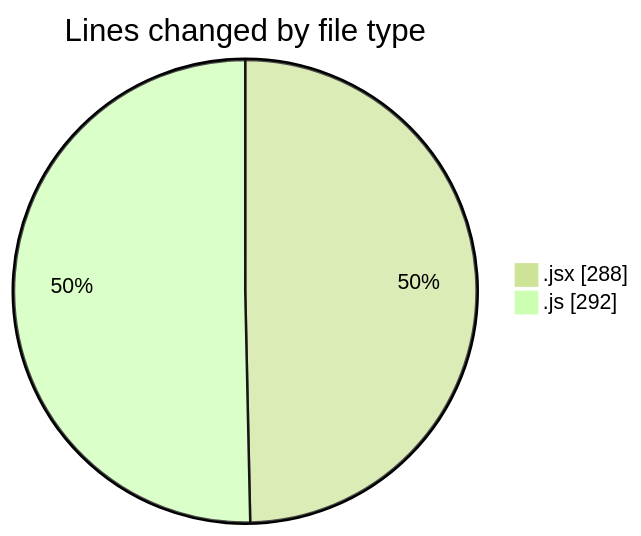
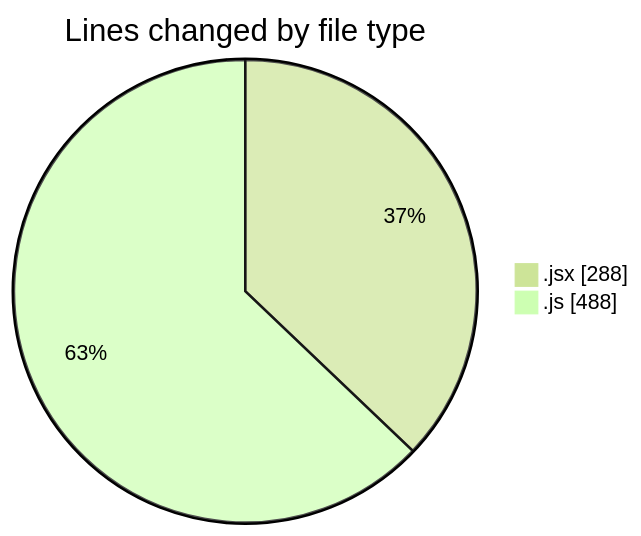
One commit to nxtqubesakshisongat/code-tracking changed the first of 2 diagrams in 2025-06-05/nxtqube_webapp/README.md. Above: the diagram before and after it, drawn with Mermaid (forest theme). The commit also changed other lines of this file and 1 other file, not shown here.

````diff
--- a/2025-06-05/nxtqube_webapp/README.md
+++ b/2025-06-05/nxtqube_webapp/README.md
@@ -23,6 +24,6 @@
 ```mermaid
 pie showData
 title Lines changed by file type
 ".jsx" : 288
-".js" : 292
+".js" : 488
 ```
````
